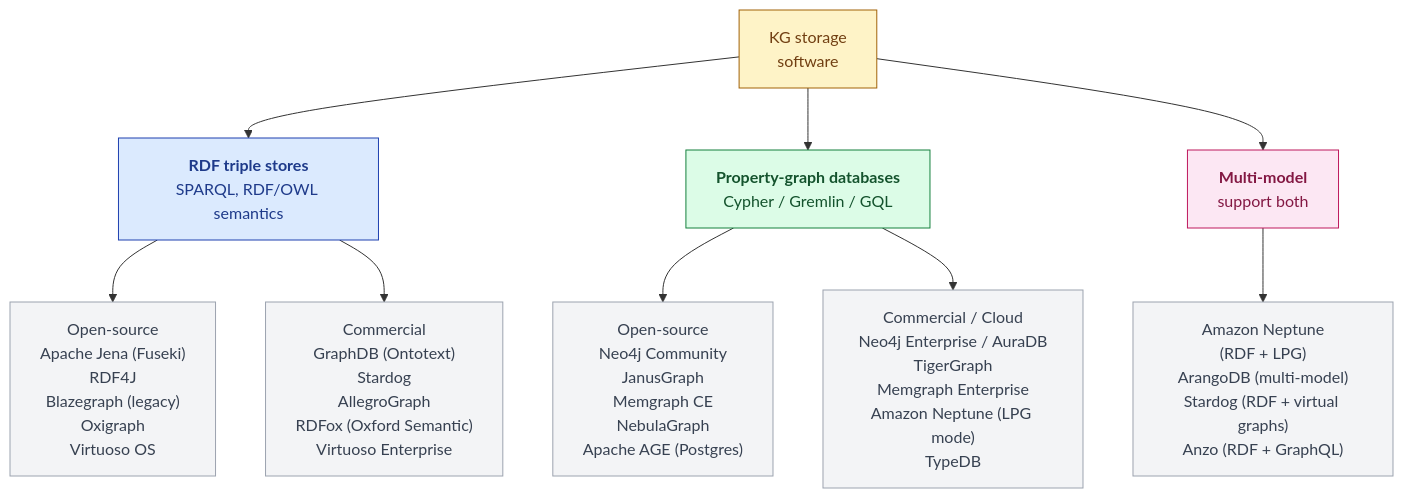
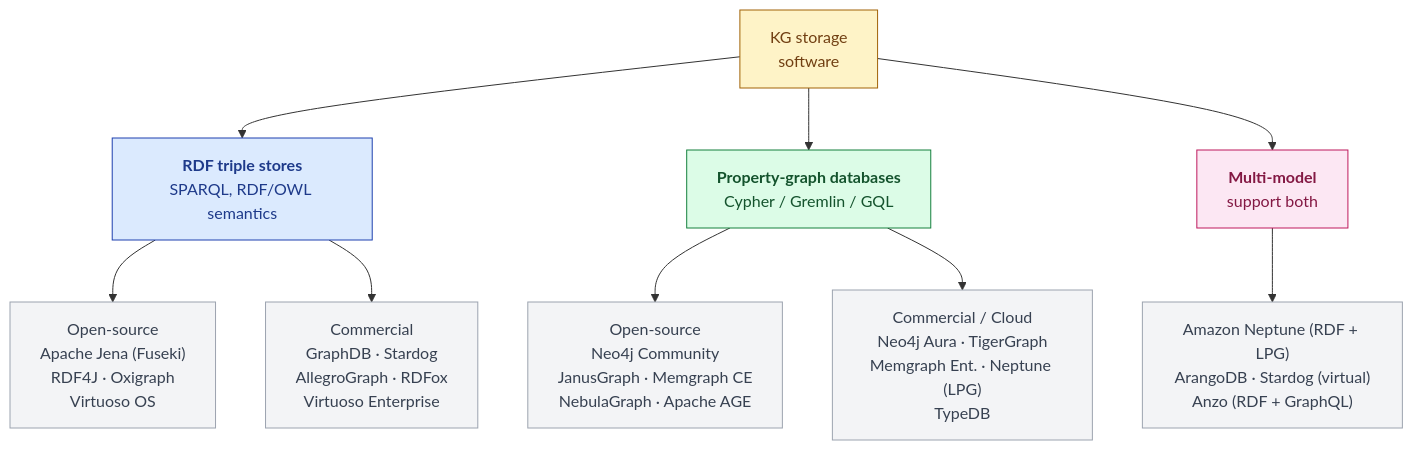
One commit to Peng-Rao/knowledge-base-quartz changed the eighth of 8 diagrams in content/Week1.md. Above: the diagram before and after it, drawn with Mermaid. The commit also changed other lines of this file and 2 other files, not shown here.

Commit message:
docs: update week1 knowledge graph content

````diff
--- a/content/Week1.md
+++ b/content/Week1.md
@@ -294,22 +424,22 @@
 ```mermaid
 graph TD
     Root["KG storage<br/>software"]:::root
 
     Root --> RDF["<b>RDF triple stores</b><br/>SPARQL, RDF/OWL semantics"]:::rdf
     Root --> LPG["<b>Property-graph databases</b><br/>Cypher / Gremlin / GQL"]:::lpg
     Root --> Multi["<b>Multi-model</b><br/>support both"]:::mm
 
-    RDF --> RDFopen["Open-source<br/>Apache Jena (Fuseki)<br/>RDF4J<br/>Blazegraph (legacy)<br/>Oxigraph<br/>Virtuoso OS"]:::tool
-    RDF --> RDFcomm["Commercial<br/>GraphDB (Ontotext)<br/>Stardog<br/>AllegroGraph<br/>RDFox (Oxford Semantic)<br/>Virtuoso Enterprise"]:::tool
+    RDF --> RDFopen["Open-source<br/>Apache Jena (Fuseki)<br/>RDF4J · Oxigraph<br/>Virtuoso OS"]:::tool
+    RDF --> RDFcomm["Commercial<br/>GraphDB · Stardog<br/>AllegroGraph · RDFox<br/>Virtuoso Enterprise"]:::tool
 
-    LPG --> LPGopen["Open-source<br/>Neo4j Community<br/>JanusGraph<br/>Memgraph CE<br/>NebulaGraph<br/>Apache AGE (Postgres)"]:::tool
-    LPG --> LPGcomm["Commercial / Cloud<br/>Neo4j Enterprise / AuraDB<br/>TigerGraph<br/>Memgraph Enterprise<br/>Amazon Neptune (LPG mode)<br/>TypeDB"]:::tool
+    LPG --> LPGopen["Open-source<br/>Neo4j Community<br/>JanusGraph · Memgraph CE<br/>NebulaGraph · Apache AGE"]:::tool
+    LPG --> LPGcomm["Commercial / Cloud<br/>Neo4j Aura · TigerGraph<br/>Memgraph Ent. · Neptune (LPG)<br/>TypeDB"]:::tool
 
-    Multi --> Multitools["Amazon Neptune<br/>(RDF + LPG)<br/>ArangoDB (multi-model)<br/>Stardog (RDF + virtual graphs)<br/>Anzo (RDF + GraphQL)"]:::tool
+    Multi --> Multitools["Amazon Neptune (RDF + LPG)<br/>ArangoDB · Stardog (virtual)<br/>Anzo (RDF + GraphQL)"]:::tool
 
     classDef root fill:#fef3c7,stroke:#a16207,color:#713f12
     classDef rdf fill:#dbeafe,stroke:#1e40af,color:#1e3a8a
     classDef lpg fill:#dcfce7,stroke:#15803d,color:#14532d
     classDef mm  fill:#fce7f3,stroke:#be185d,color:#831843
     classDef tool fill:#f3f4f6,stroke:#9ca3af,color:#374151
 ```
````
